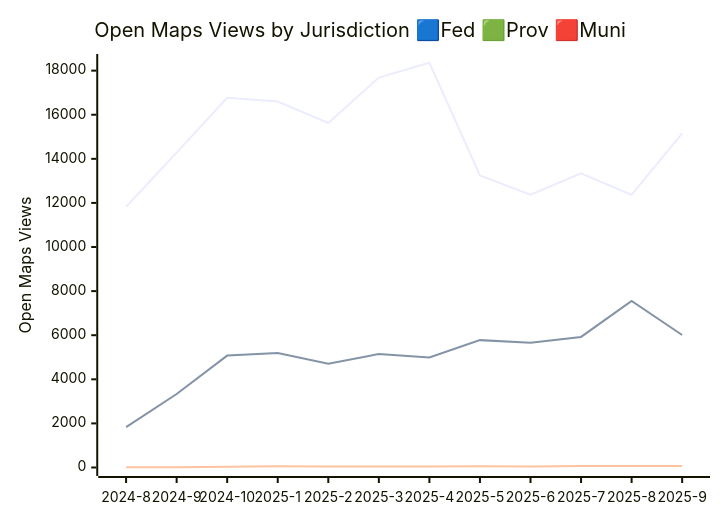
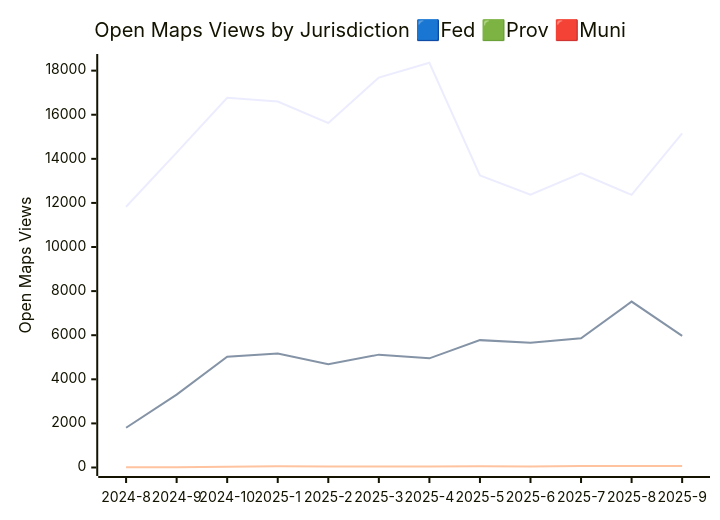
Before and after one commit to PatLittle/analytics-corporate-reporting: the third of 3 diagrams in JURISDICTION_ANALYTICS_REPORT/readme.md, drawn with Mermaid. The commit also changed other lines of this file and 3 other files, not shown here.

````diff
--- a/JURISDICTION_ANALYTICS_REPORT/readme.md
+++ b/JURISDICTION_ANALYTICS_REPORT/readme.md
@@ -40,10 +40,10 @@
 ```mermaid
 
 xychart-beta
     title "Open Maps Views by Jurisdiction 🟦Fed 🟩Prov 🟥Muni"
     x-axis [2024-8, 2024-9, 2024-10, 2025-1, 2025-2, 2025-3, 2025-4, 2025-5, 2025-6, 2025-7, 2025-8, 2025-9]
     y-axis "Open Maps Views" 0 --> 18369
     line [11826, 14281, 16769, 16596, 15623, 17686, 18359, 13250, 12379, 13343, 12366, 15153]
-    line [1830, 3333, 5076, 5195, 4702, 5150, 4987, 5777, 5663, 5922, 7554, 6008]
+    line [1804, 3304, 5026, 5168, 4684, 5119, 4951, 5777, 5663, 5859, 7526, 5969]
     line [17, 14, 36, 52, 45, 47, 42, 52, 51, 71, 72, 68]
 ```
````
